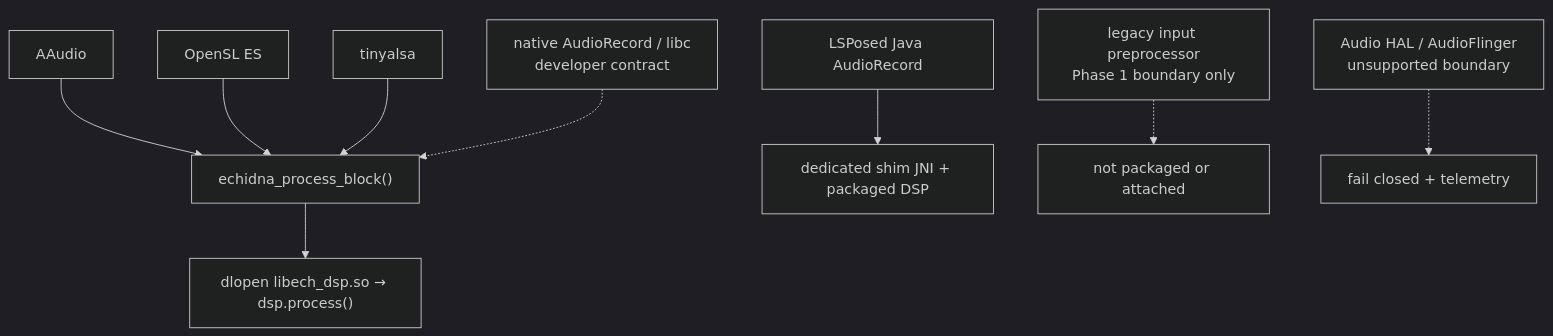
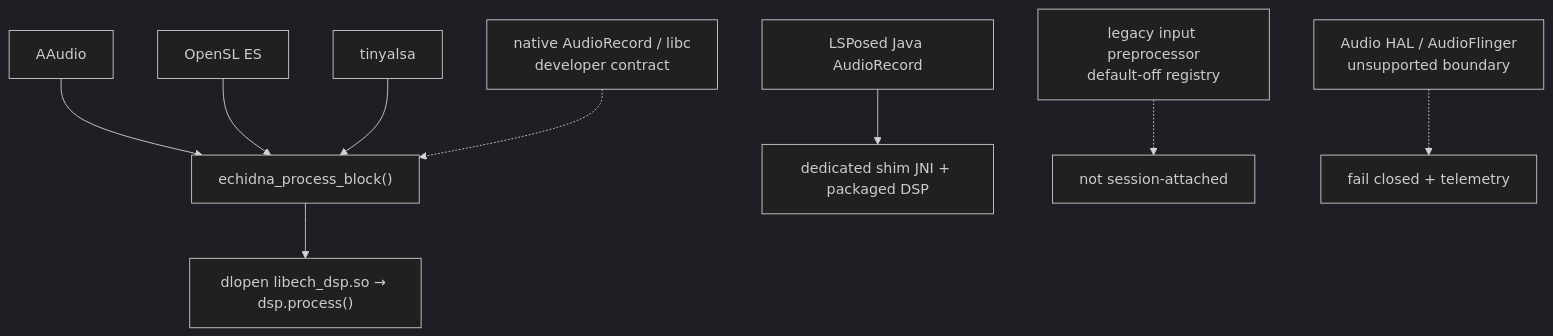
The second of 3 diagrams in docs/architecture.md (supermarsx/echidna), drawn with Mermaid (dark theme) before and after one commit. The commit also changed other lines of this file and 27 other files, not shown here.

````diff
--- a/docs/architecture.md
+++ b/docs/architecture.md
@@ -131,11 +131,11 @@
 ```mermaid
 flowchart TB
     A["AAudio"] --> P["echidna_process_block()"]
     B["OpenSL ES"] --> P
     C["tinyalsa"] --> P
     J["LSPosed Java AudioRecord"] --> Q["dedicated shim JNI + packaged DSP"]
-    L["legacy input preprocessor<br/>Phase 1 boundary only"] -.-> R["not packaged or attached"]
+    L["legacy input preprocessor<br/>default-off registry"] -.-> R["not session-attached"]
     D["native AudioRecord / libc<br/>developer contract"] -.-> P
     X["Audio HAL / AudioFlinger<br/>unsupported boundary"] -.-> N["fail closed + telemetry"]
     P --> H["dlopen libech_dsp.so → dsp.process()"]
 ```
````
